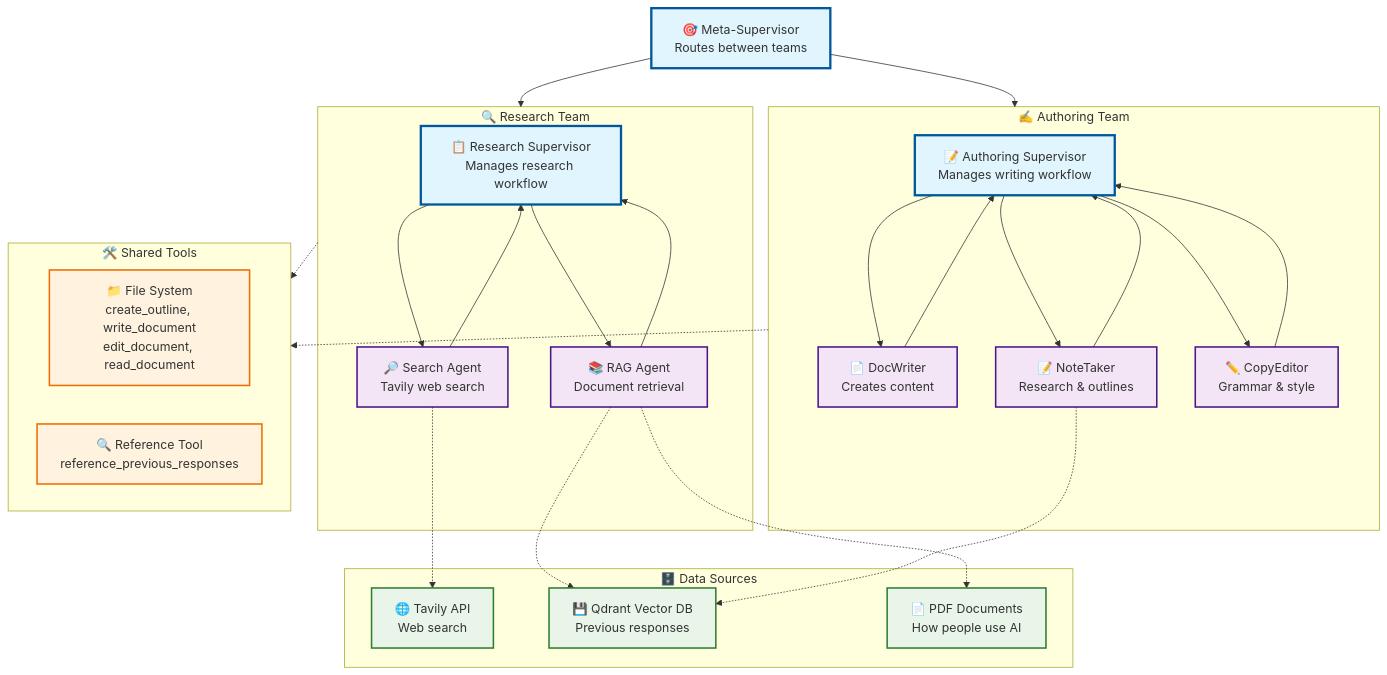
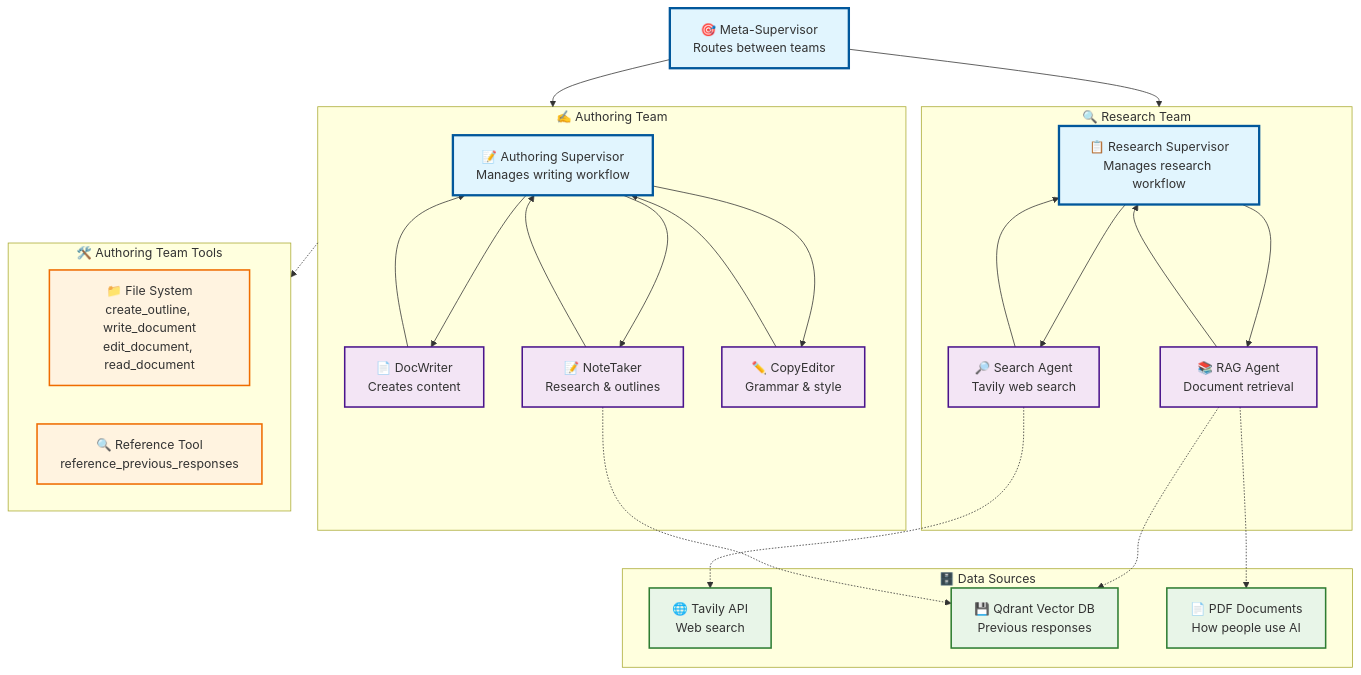
One commit to anilsharmay/AI-Engineering-Bootcamp changed the diagram in 06_Multi_Agent_with_LangGraph/diagrams/architecture/multi_agent_architecture.md. Above: the diagram before and after it, drawn with Mermaid. The commit also changed other lines of this file and 2 other files, not shown here.

First line of the commit message:
Fix multi-agent architecture diagram tool access representation

````diff
--- a/06_Multi_Agent_with_LangGraph/diagrams/architecture/multi_agent_architecture.md
+++ b/06_Multi_Agent_with_LangGraph/diagrams/architecture/multi_agent_architecture.md
@@ -7,70 +7,69 @@
 ```mermaid
 flowchart TD
     %% Meta-Supervisor Level
     MetaSupervisor[🎯 Meta-Supervisor<br/>Routes between teams]
     
-    %% Research Team Subgraph
+    %% Research Team Subgraph (First step in workflow)
     subgraph ResearchTeam["🔍 Research Team"]
         ResearchSupervisor[📋 Research Supervisor<br/>Manages research workflow]
         SearchAgent[🔎 Search Agent<br/>Tavily web search]
         RAGAgent[📚 RAG Agent<br/>Document retrieval]
         
         ResearchSupervisor --> SearchAgent
         ResearchSupervisor --> RAGAgent
         SearchAgent --> ResearchSupervisor
         RAGAgent --> ResearchSupervisor
     end
     
-    %% Authoring Team Subgraph  
+    %% Authoring Team Subgraph (Second step in workflow)
     subgraph AuthoringTeam["✍️ Authoring Team"]
         AuthoringSupervisor[📝 Authoring Supervisor<br/>Manages writing workflow]
         DocWriter[📄 DocWriter<br/>Creates content]
         NoteTaker[📝 NoteTaker<br/>Research & outlines]
         CopyEditor[✏️ CopyEditor<br/>Grammar & style]
         
         AuthoringSupervisor --> DocWriter
         AuthoringSupervisor --> NoteTaker
         AuthoringSupervisor --> CopyEditor
         DocWriter --> AuthoringSupervisor
         NoteTaker --> AuthoringSupervisor
         CopyEditor --> AuthoringSupervisor
     end
     
     %% External Data Sources
     subgraph DataSources["🗄️ Data Sources"]
         TavilyAPI[🌐 Tavily API<br/>Web search]
         QdrantDB[💾 Qdrant Vector DB<br/>Previous responses]
         PDFDocs[📄 PDF Documents<br/>How people use AI]
     end
     
     %% Tools & File System
-    subgraph Tools["🛠️ Shared Tools"]
+    subgraph Tools["🛠️ Authoring Team Tools"]
         FileSystem[📁 File System<br/>create_outline, write_document<br/>edit_document, read_document]
         ReferenceTool[🔍 Reference Tool<br/>reference_previous_responses]
     end
     
     %% Main Flow
     MetaSupervisor --> ResearchTeam
     MetaSupervisor --> AuthoringTeam
     
     %% Research Team Connections
     SearchAgent -.-> TavilyAPI
     RAGAgent -.-> PDFDocs
     RAGAgent -.-> QdrantDB
-    ResearchTeam -.-> Tools
     
     %% Authoring Team Connections  
     AuthoringTeam -.-> Tools
     NoteTaker -.-> QdrantDB
     
     %% Styling
     classDef supervisor fill:#e1f5fe,stroke:#01579b,stroke-width:3px
     classDef agent fill:#f3e5f5,stroke:#4a148c,stroke-width:2px
     classDef datasource fill:#e8f5e8,stroke:#2e7d32,stroke-width:2px
     classDef tool fill:#fff3e0,stroke:#ef6c00,stroke-width:2px
     
     class MetaSupervisor,ResearchSupervisor,AuthoringSupervisor supervisor
     class SearchAgent,RAGAgent,DocWriter,NoteTaker,CopyEditor agent
     class TavilyAPI,QdrantDB,PDFDocs datasource
     class FileSystem,ReferenceTool tool
 ```
````
